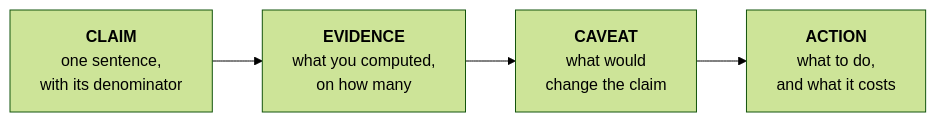
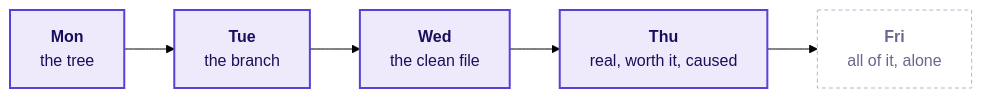
One commit to fde-academy-lab/c2-content-factory changed diagram 12 of 12 in content/W01/D4/slides/C2_W01_D04_half2_STUDENT.md. Above: the diagram before and after it, drawn with Mermaid (forest theme). The commit also changed other lines of this file and 26 other files, not shown here.

````diff
--- a/content/W01/D4/slides/C2_W01_D04_half2_STUDENT.md
+++ b/content/W01/D4/slides/C2_W01_D04_half2_STUDENT.md
@@ -150,6 +480,8 @@
 ```mermaid
 flowchart LR
-    A["<b>CLAIM</b><br/>one sentence,<br/>with its denominator"] --> B["<b>EVIDENCE</b><br/>what you computed,<br/>on how many"]
-    B --> C["<b>CAVEAT</b><br/>what would<br/>change the claim"]
-    C --> D["<b>ACTION</b><br/>what to do,<br/>and what it costs"]
+    M["<b>Mon</b><br/>the tree"] --> T["<b>Tue</b><br/>the branch"] --> W["<b>Wed</b><br/>the clean file"] --> H["<b>Thu</b><br/>real, worth it, caused"] --> F["<b>Fri</b><br/>all of it, alone"]
+    classDef known fill:#EEEAFB,stroke:#5B3FD6,color:#1A0F5C,stroke-width:2px
+    classDef unknown fill:#FFFFFF,stroke:#B8B2D6,color:#6B6690,stroke-dasharray:4 3
+    class M,T,W,H known
+    class F unknown
 ```
````
